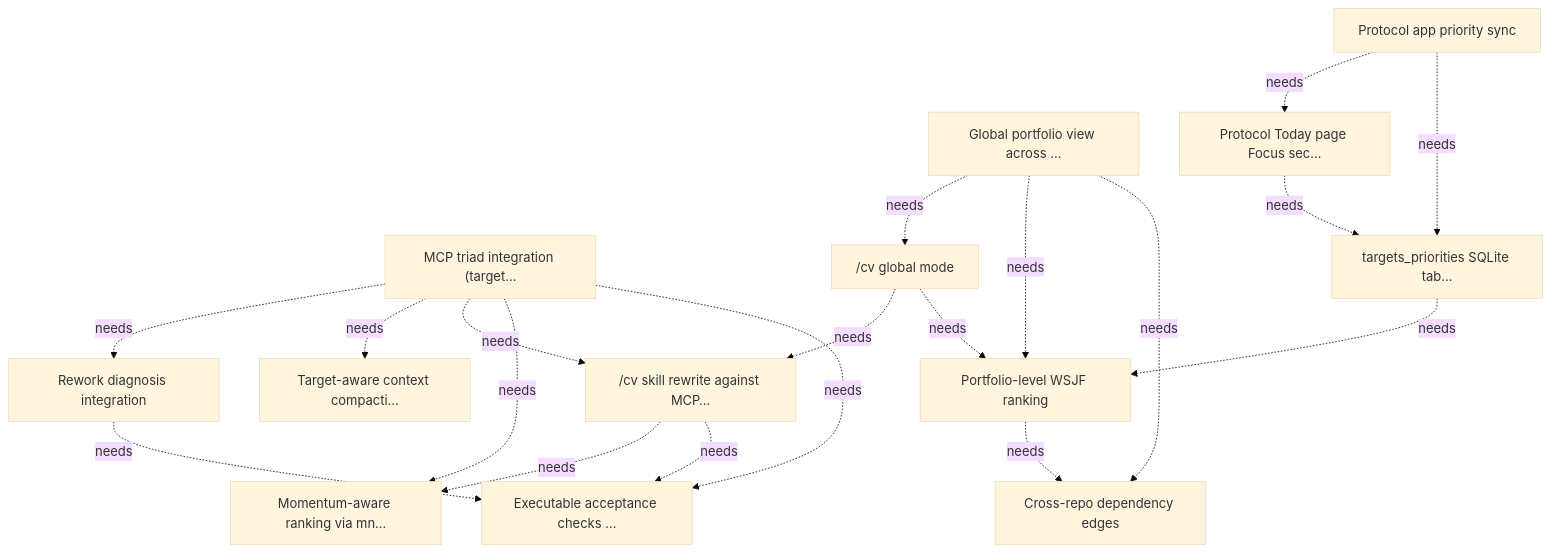
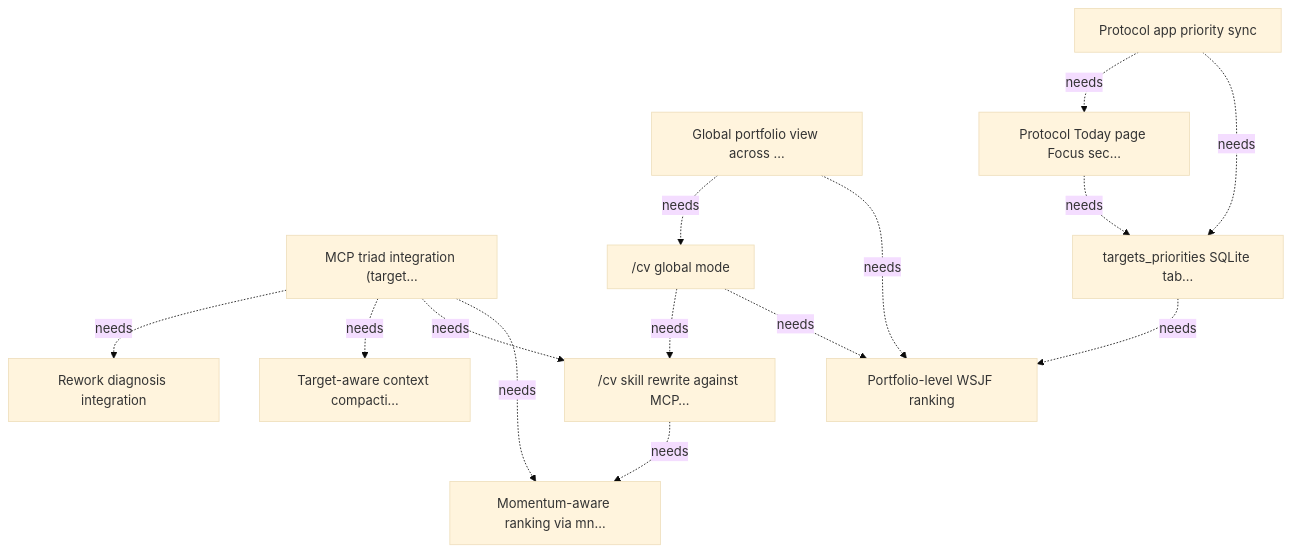
Before and after one commit to marcelocantos/bullseye: the diagram in docs/targets.md, drawn with Mermaid (base theme). The commit also changed other lines of this file and 1 other file, not shown here.

````diff
--- a/docs/targets.md
+++ b/docs/targets.md
@@ -370,34 +374,27 @@
 ```mermaid
 graph TD
     T1["MCP triad integration (target…"]
-    T1_1["Executable acceptance checks …"]
     T1_2["Momentum-aware ranking via mn…"]
     T1_3["/cv skill rewrite against MCP…"]
     T1_4["Target-aware context compacti…"]
     T1_5["Rework diagnosis integration"]
     T2["Global portfolio view across …"]
-    T2_2["Cross-repo dependency edges"]
     T2_3["Portfolio-level WSJF ranking"]
     T2_4["/cv global mode"]
     T3["Protocol app priority sync"]
     T3_1["targets_priorities SQLite tab…"]
     T3_2["Protocol Today page Focus sec…"]
-    T1 -.->|needs| T1_1
     T1 -.->|needs| T1_2
     T1 -.->|needs| T1_3
     T1 -.->|needs| T1_4
     T1 -.->|needs| T1_5
-    T1_3 -.->|needs| T1_1
     T1_3 -.->|needs| T1_2
-    T1_5 -.->|needs| T1_1
-    T2 -.->|needs| T2_2
     T2 -.->|needs| T2_3
     T2 -.->|needs| T2_4
-    T2_3 -.->|needs| T2_2
     T2_4 -.->|needs| T2_3
     T2_4 -.->|needs| T1_3
     T3 -.->|needs| T3_1
     T3 -.->|needs| T3_2
     T3_1 -.->|needs| T2_3
     T3_2 -.->|needs| T3_1
 ```
````
